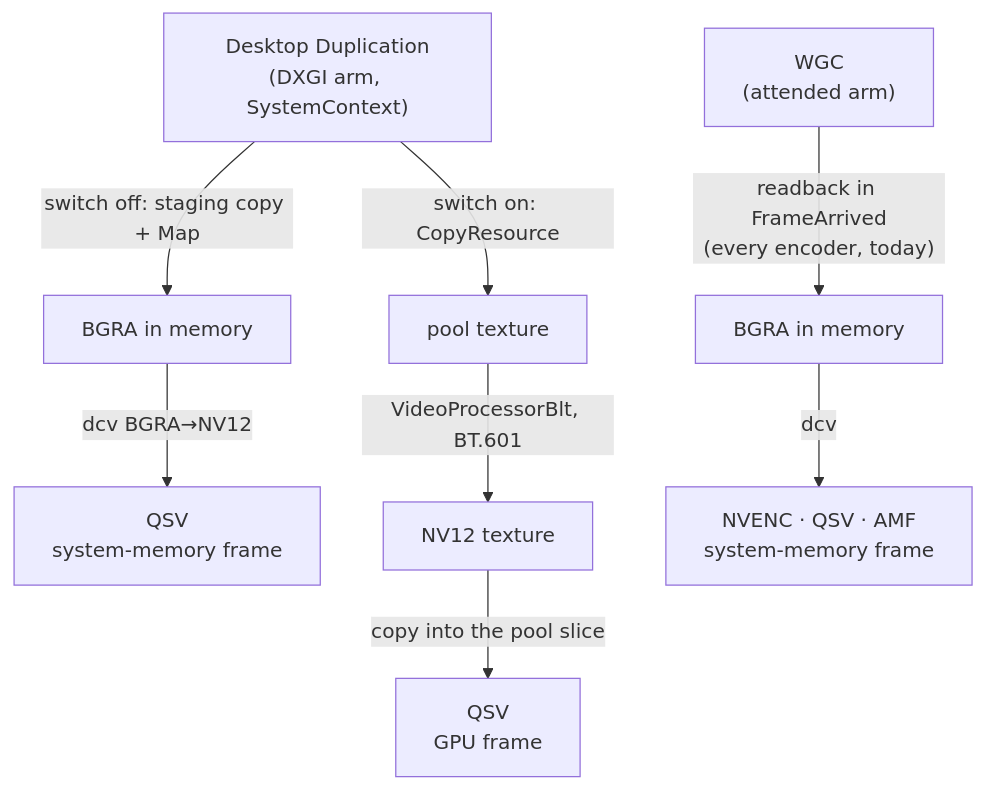
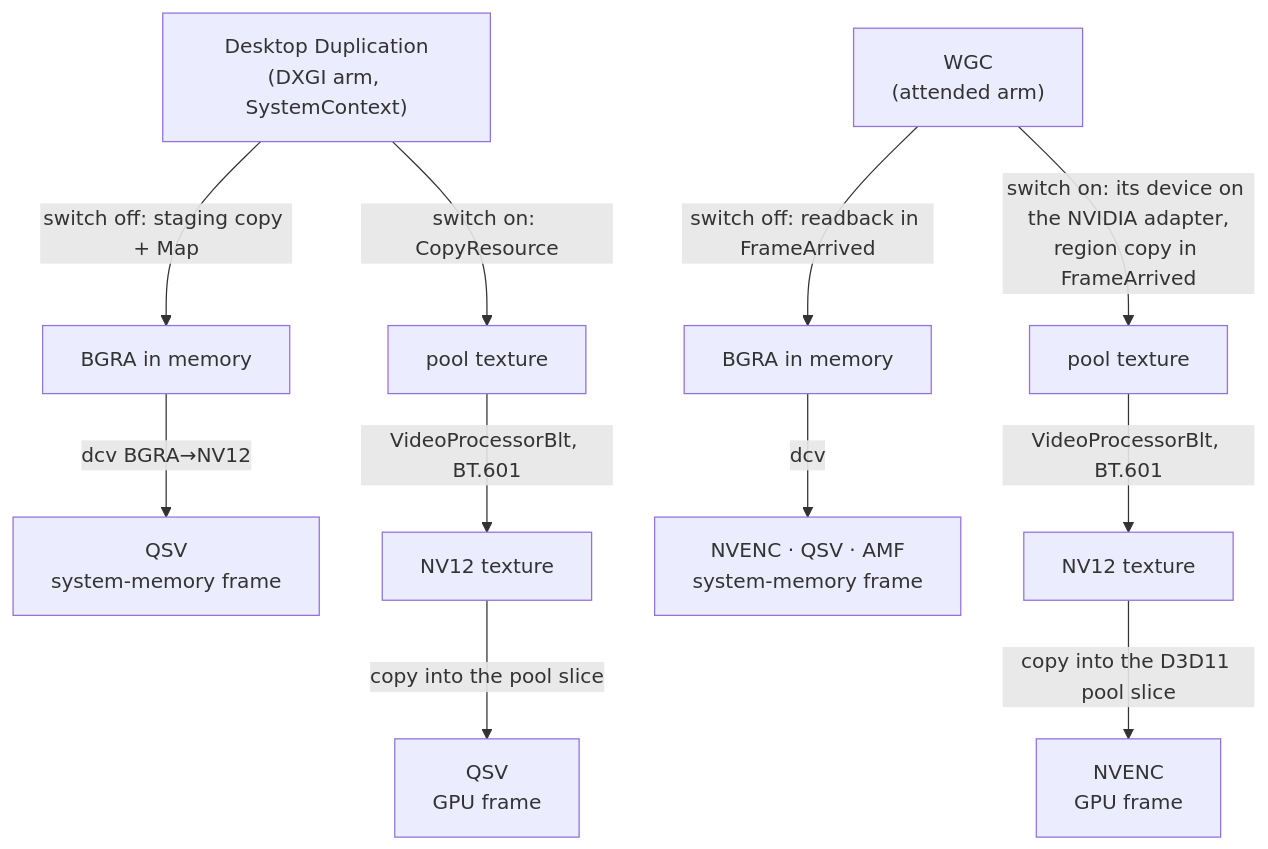
Before and after one commit to gjovanov/roomler-ai: the ninth of 30 diagrams in docs/remote-control.md, drawn with Mermaid. The commit also changed other lines of this file and 18 other files, not shown here.

First line of the commit message:
feat(fr-118): P3 — the WGC arm hands NVENC its frames on the GPU

````diff
--- a/docs/remote-control.md
+++ b/docs/remote-control.md
@@ -714,10 +718,13 @@
 ```mermaid
 flowchart TB
   D["Desktop Duplication<br/>(DXGI arm, SystemContext)"] -->|"switch off: staging copy + Map"| CPU1[BGRA in memory]
   CPU1 -->|dcv BGRA→NV12| E1["QSV<br/>system-memory frame"]
   D -->|"switch on: CopyResource"| T[pool texture]
   T -->|"VideoProcessorBlt, BT.601"| N[NV12 texture]
   N -->|"copy into the pool slice"| E2["QSV<br/>GPU frame"]
-  W["WGC<br/>(attended arm)"] -->|"readback in FrameArrived<br/>(every encoder, today)"| CPU2[BGRA in memory]
+  W["WGC<br/>(attended arm)"] -->|"switch off: readback in FrameArrived"| CPU2[BGRA in memory]
   CPU2 -->|dcv| E3["NVENC · QSV · AMF<br/>system-memory frame"]
+  W -->|"switch on: its device on the NVIDIA adapter,<br/>region copy in FrameArrived"| T2[pool texture]
+  T2 -->|"VideoProcessorBlt, BT.601"| N2[NV12 texture]
+  N2 -->|"copy into the D3D11 pool slice"| E4["NVENC<br/>GPU frame"]
 ```
````
